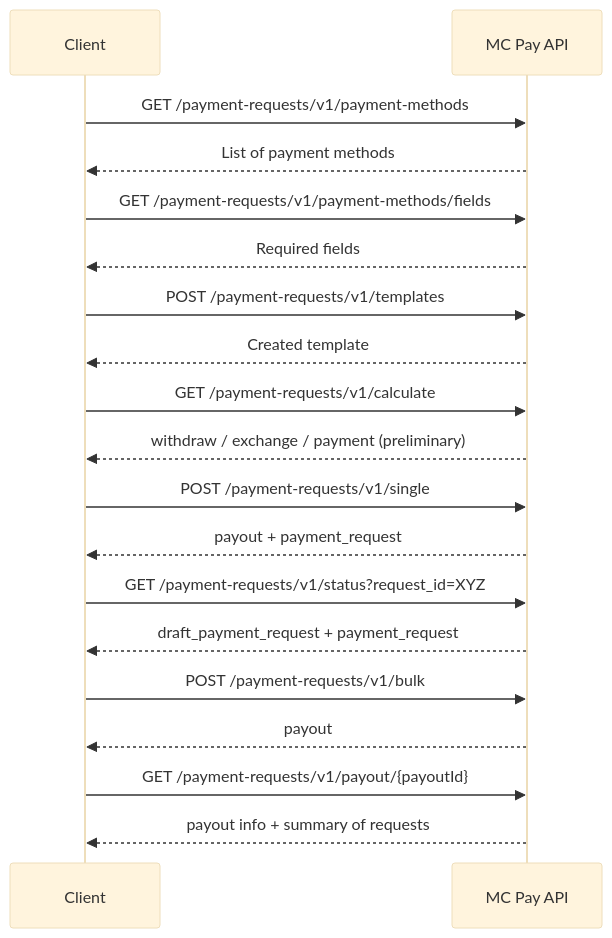
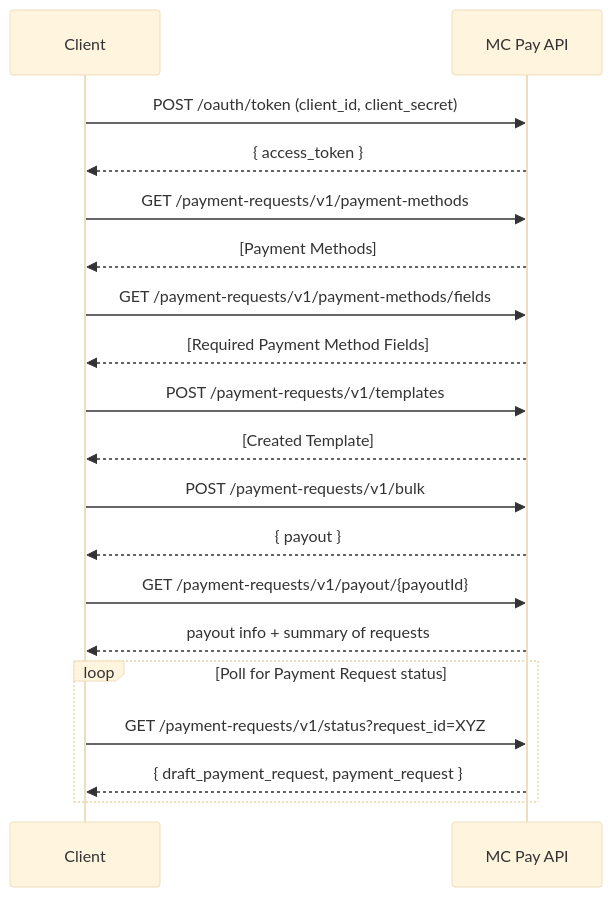
Before and after one commit to MediaCubeCo/stoplight: the second of 2 diagrams in docs/Guides/PaymentRequest.md, drawn with Mermaid (base theme). The commit also changed other lines of this file and 1 other file, not shown here.

````diff
--- a/docs/Guides/PaymentRequest.md
+++ b/docs/Guides/PaymentRequest.md
@@ -52,29 +106,28 @@
 ```mermaid
 sequenceDiagram
     participant Client
     participant MC Pay API
 
+    Client->>MC Pay API: POST /oauth/token (client_id, client_secret)
+    MC Pay API-->>Client: { access_token }
+
     Client->>MC Pay API: GET /payment-requests/v1/payment-methods
-    MC Pay API-->>Client: List of payment methods
+    MC Pay API-->>Client: [Payment Methods]
 
     Client->>MC Pay API: GET /payment-requests/v1/payment-methods/fields
-    MC Pay API-->>Client: Required fields
+    MC Pay API-->>Client: [Required Payment Method Fields]
 
     Client->>MC Pay API: POST /payment-requests/v1/templates
-    MC Pay API-->>Client: Created template
-
-    Client->>MC Pay API: GET /payment-requests/v1/calculate
-    MC Pay API-->>Client: withdraw / exchange / payment (preliminary)
-
-    Client->>MC Pay API: POST /payment-requests/v1/single
-    MC Pay API-->>Client: payout + payment_request
-
-    Client->>MC Pay API: GET /payment-requests/v1/status?request_id=XYZ
-    MC Pay API-->>Client: draft_payment_request + payment_request
+    MC Pay API-->>Client: [Created Template]
 
     Client->>MC Pay API: POST /payment-requests/v1/bulk
-    MC Pay API-->>Client: payout
+    MC Pay API-->>Client: { payout }
 
     Client->>MC Pay API: GET /payment-requests/v1/payout/{payoutId}
     MC Pay API-->>Client: payout info + summary of requests
+
+    loop Poll for Payment Request status
+        Client->>MC Pay API: GET /payment-requests/v1/status?request_id=XYZ
+        MC Pay API-->>Client: { draft_payment_request, payment_request }
+    end
 ```
````
